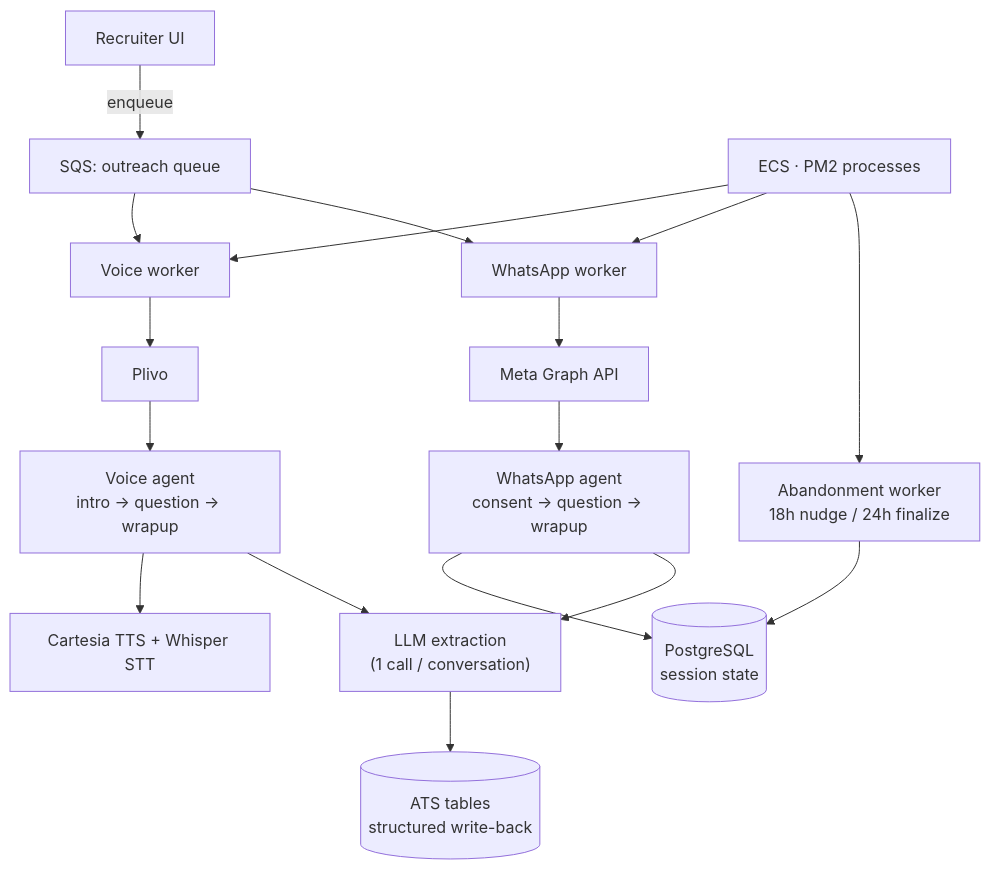
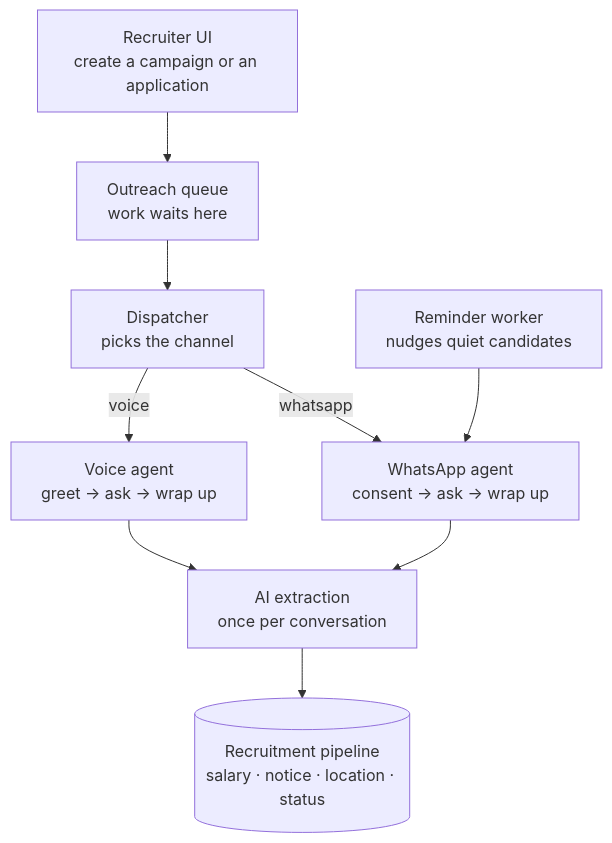
Before and after one commit to ajaygangarde/candidate-outreach-ai-agent: the diagram in README.md, drawn with Mermaid. The commit also changed other lines of this file, not shown here.

````diff
--- a/README.md
+++ b/README.md
@@ -37,23 +65,14 @@
 ```mermaid
 flowchart TB
-  recruiter["Recruiter UI"] -->|enqueue| queue["SQS: outreach queue"]
-  queue --> voiceWorker["Voice worker"]
-  queue --> waWorker["WhatsApp worker"]
+  recruiter["Recruiter UI<br/>create a campaign or an application"] --> queue["Outreach queue<br/>work waits here"]
+  queue --> dispatcher["Dispatcher<br/>picks the channel"]
 
-  voiceWorker --> plivo["Plivo"]
-  plivo --> voiceAgent["Voice agent\nintro → question → wrapup"]
-  voiceAgent --> cartesia["Cartesia TTS + Whisper STT"]
+  dispatcher -->|voice| voiceAgent["Voice agent<br/>greet → ask → wrap up"]
+  dispatcher -->|whatsapp| waAgent["WhatsApp agent<br/>consent → ask → wrap up"]
 
-  waWorker --> meta["Meta Graph API"]
-  meta --> waAgent["WhatsApp agent\nconsent → question → wrapup"]
-  waAgent --> pg[("PostgreSQL\nsession state")]
+  voiceAgent --> extract["AI extraction<br/>once per conversation"]
+  waAgent --> extract
+  extract --> ats[("Recruitment pipeline<br/>salary · notice · location · status")]
 
-  voiceAgent --> extract["LLM extraction\n(1 call / conversation)"]
-  waAgent --> extract
-  extract --> ats[("ATS tables\nstructured write-back")]
-
-  abandonWorker["Abandonment worker\n18h nudge / 24h finalize"] --> pg
-  ecs["ECS · PM2 processes"] --> voiceWorker
-  ecs --> waWorker
-  ecs --> abandonWorker
+  nudge["Reminder worker<br/>nudges quiet candidates"] --> waAgent
 ```
````
